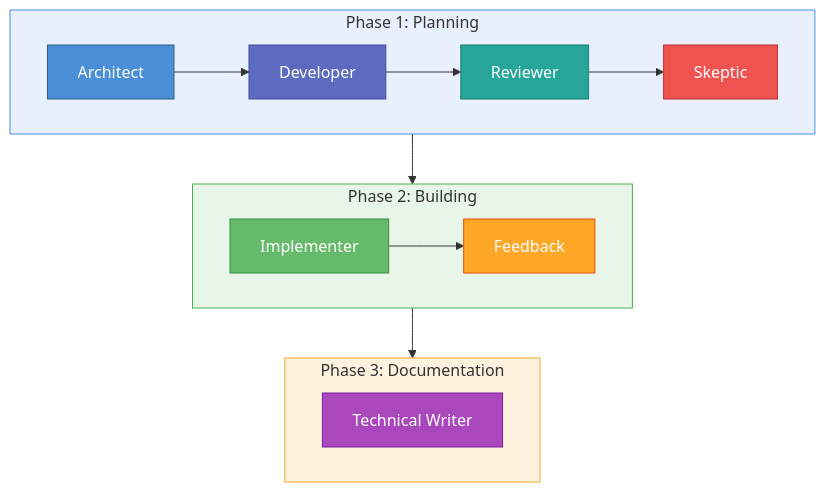
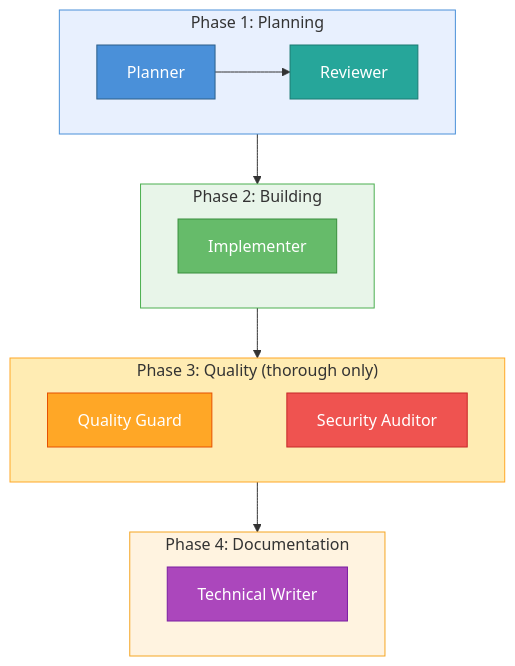
The second of 11 diagrams in docs/overview.md (ciprianvradu/agentic-workflow), drawn with Mermaid before and after one commit. The commit also changed other lines of this file and 72 other files, not shown here.

First line of the commit message:
Refactor workflow phases: replace 'architect' and 'developer' with 'planner' in tests and scripts

````diff
--- a/docs/overview.md
+++ b/docs/overview.md
@@ -62,33 +62,37 @@
 ```mermaid
 graph TB
     subgraph planning ["Phase 1: Planning"]
         direction LR
-        AR[Architect] --> DEV[Developer]
-        DEV --> REV[Reviewer]
-        REV --> SK[Skeptic]
+        PL[Planner] --> REV[Reviewer]
     end
 
     subgraph building ["Phase 2: Building"]
         direction LR
-        IMP[Implementer] --> FB[Feedback]
+        IMP[Implementer]
     end
 
-    subgraph documenting ["Phase 3: Documentation"]
+    subgraph quality ["Phase 3: Quality (thorough only)"]
+        direction LR
+        QG[Quality Guard] ~~~ SA[Security Auditor]
+    end
+
+    subgraph documenting ["Phase 4: Documentation"]
         direction LR
         TW[Technical Writer]
     end
 
     planning --> building
-    building --> documenting
+    building --> quality
+    quality --> documenting
 
     style planning fill:#E8F0FE,stroke:#4A90D9,color:#333
     style building fill:#E8F5E9,stroke:#4CAF50,color:#333
+    style quality fill:#FFECB3,stroke:#FFA726,color:#333
     style documenting fill:#FFF3E0,stroke:#F5A623,color:#333
-    style AR fill:#4A90D9,stroke:#2C5F8A,color:#fff
-    style DEV fill:#5C6BC0,stroke:#3F4FA0,color:#fff
+    style PL fill:#4A90D9,stroke:#2C5F8A,color:#fff
     style REV fill:#26A69A,stroke:#1B7A72,color:#fff
-    style SK fill:#EF5350,stroke:#C62828,color:#fff
     style IMP fill:#66BB6A,stroke:#388E3C,color:#fff
-    style FB fill:#FFA726,stroke:#E65100,color:#fff
+    style QG fill:#FFA726,stroke:#E65100,color:#fff
+    style SA fill:#EF5350,stroke:#C62828,color:#fff
     style TW fill:#AB47BC,stroke:#7B1FA2,color:#fff
 ```
````
